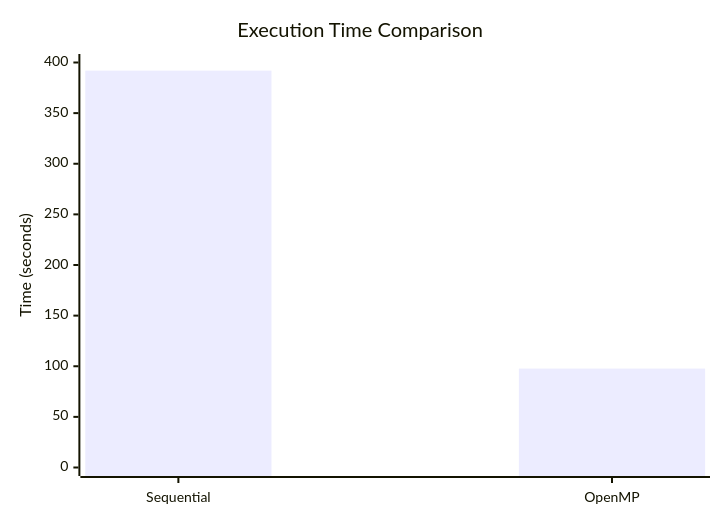
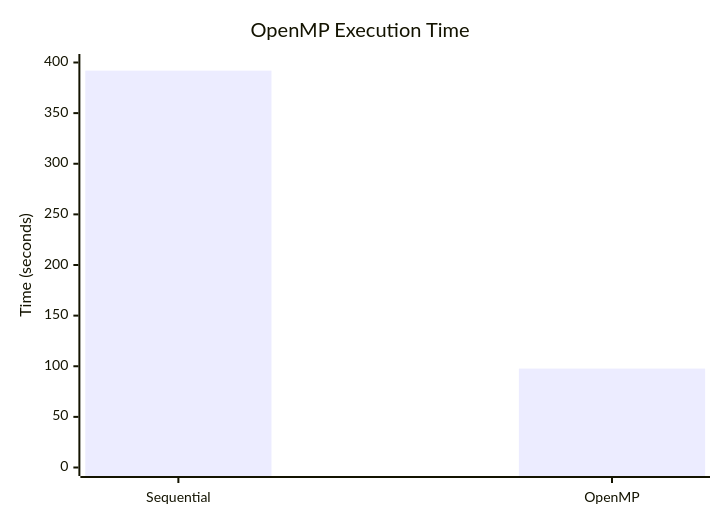
The second of 2 diagrams in README.md (SAIAARYAN/PGC_Lab), drawn with Mermaid before and after one commit. The commit also changed other lines of this file, not shown here.

````diff
--- a/README.md
+++ b/README.md
@@ -436,7 +776,7 @@
 ```mermaid
 xychart-beta
-    title "Execution Time Comparison"
+    title "OpenMP Execution Time"
     x-axis ["Sequential", "OpenMP"]
     y-axis "Time (seconds)" 0 --> 400
     bar [391.980118, 97.720623]
 ```
````
